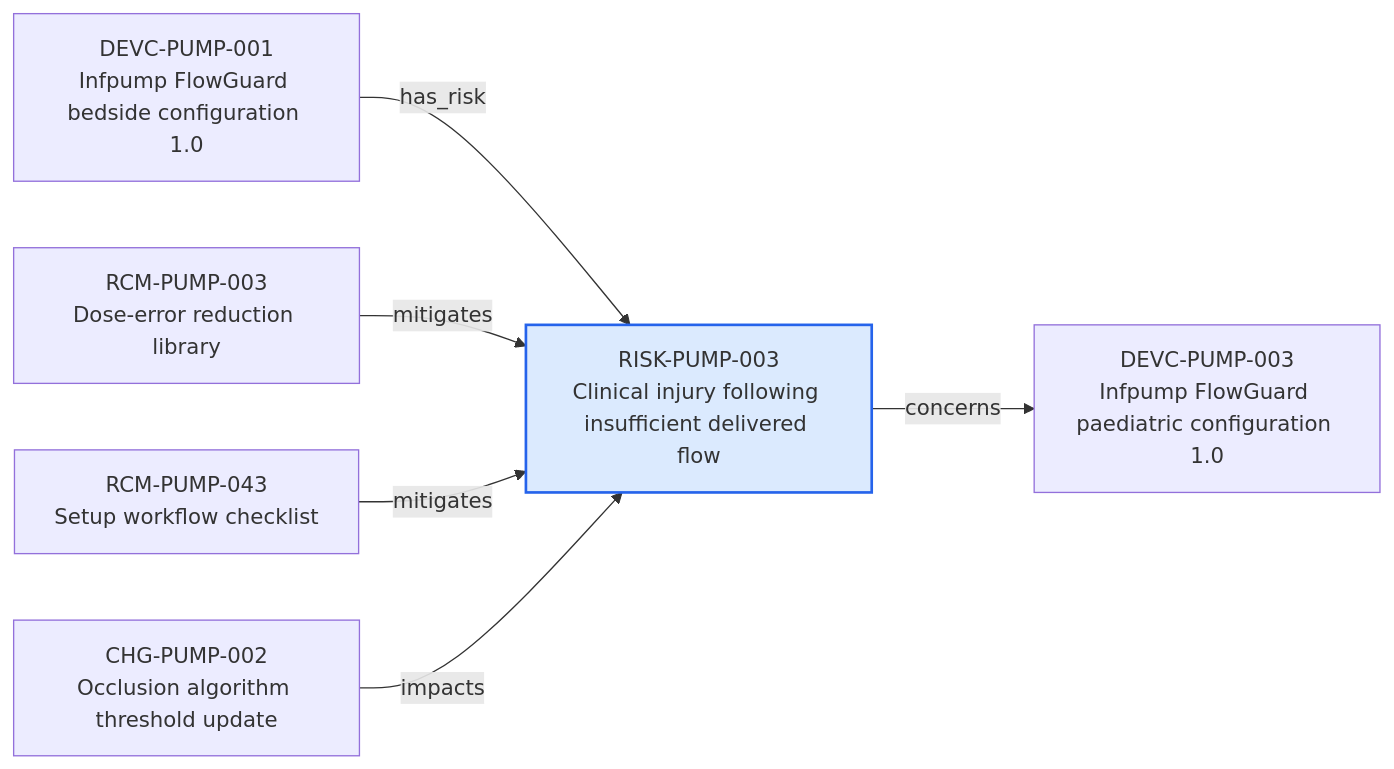
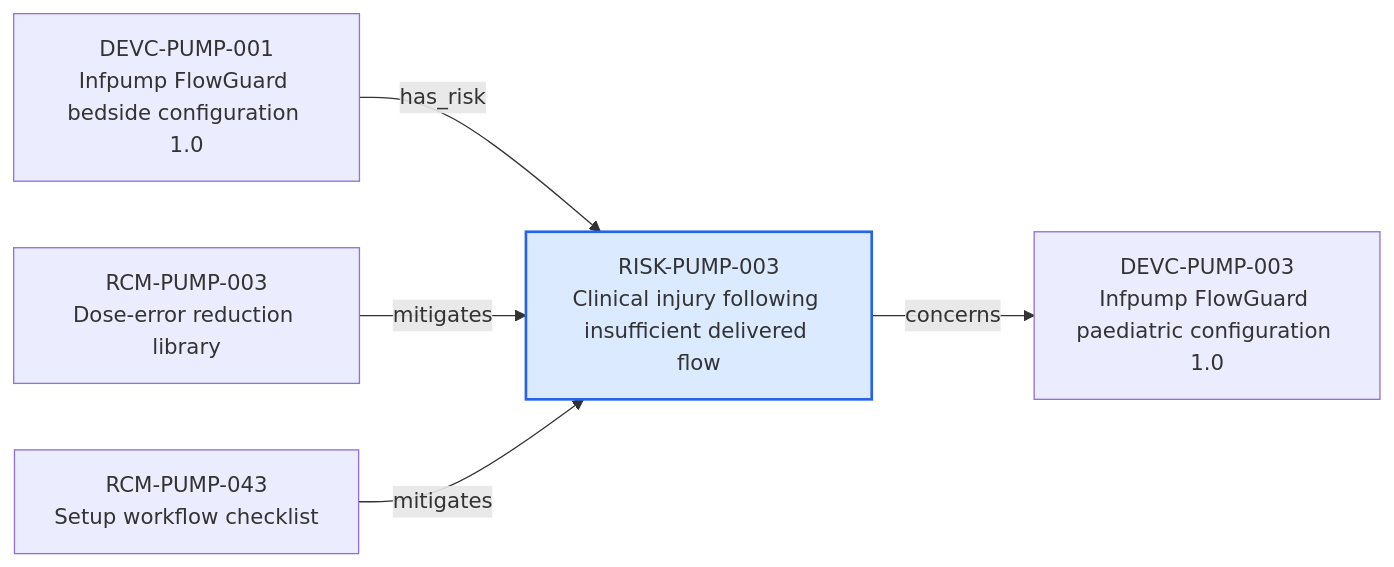
Before and after one commit to mvattulainen/mdrontology: the diagram in content/06-Infpump FlowGuard ontology notes/risk/RISK-PUMP-003-clinical-injury-following-insufficient-delivered-flow.md, drawn with Mermaid. The commit also changed other lines of this file and 321 other files, not shown here.

Commit message:
Implement Mermaid ontology audit findings

````diff
--- a/content/06-Infpump FlowGuard ontology notes/risk/RISK-PUMP-003-clinical-injury-following-insufficient-delivered-flow.md
+++ b/content/06-Infpump FlowGuard ontology notes/risk/RISK-PUMP-003-clinical-injury-following-insufficient-delivered-flow.md
@@ -75,16 +75,14 @@
 ```mermaid
 flowchart LR
   CURRENT["RISK-PUMP-003<br/>Clinical injury following insufficient delivered flow"]
   PREV0["DEVC-PUMP-001<br/>Infpump FlowGuard bedside configuration 1.0"]
   PREV0 -->|"has_risk"| CURRENT
   PREV1["RCM-PUMP-003<br/>Dose-error reduction library"]
   PREV1 -->|"mitigates"| CURRENT
   PREV2["RCM-PUMP-043<br/>Setup workflow checklist"]
   PREV2 -->|"mitigates"| CURRENT
-  PREV3["CHG-PUMP-002<br/>Occlusion algorithm threshold update"]
-  PREV3 -->|"impacts"| CURRENT
   NEXT0["DEVC-PUMP-003<br/>Infpump FlowGuard paediatric configuration 1.0"]
   CURRENT -->|"concerns"| NEXT0
   classDef current fill:#dbeafe,stroke:#2563eb,stroke-width:2px
   class CURRENT current
 ```
````
